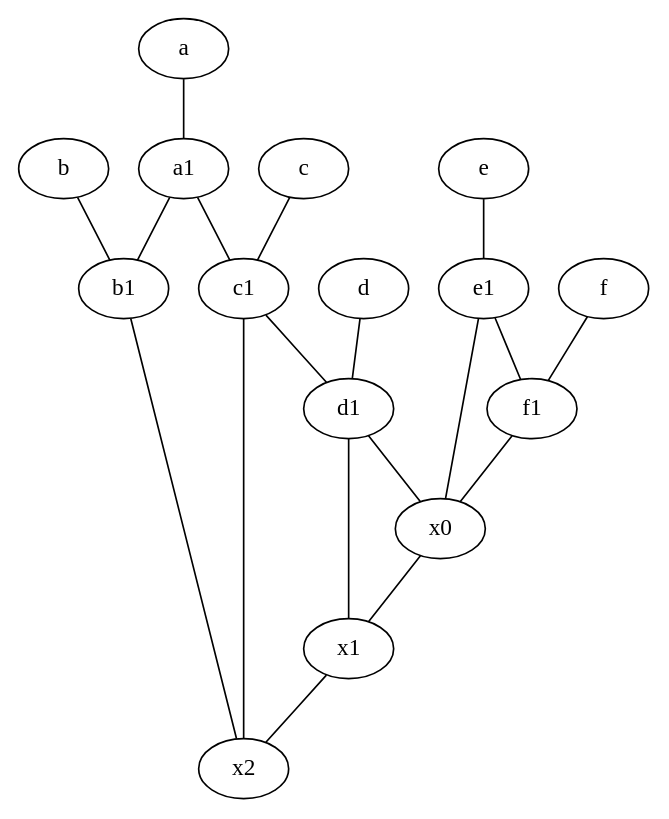
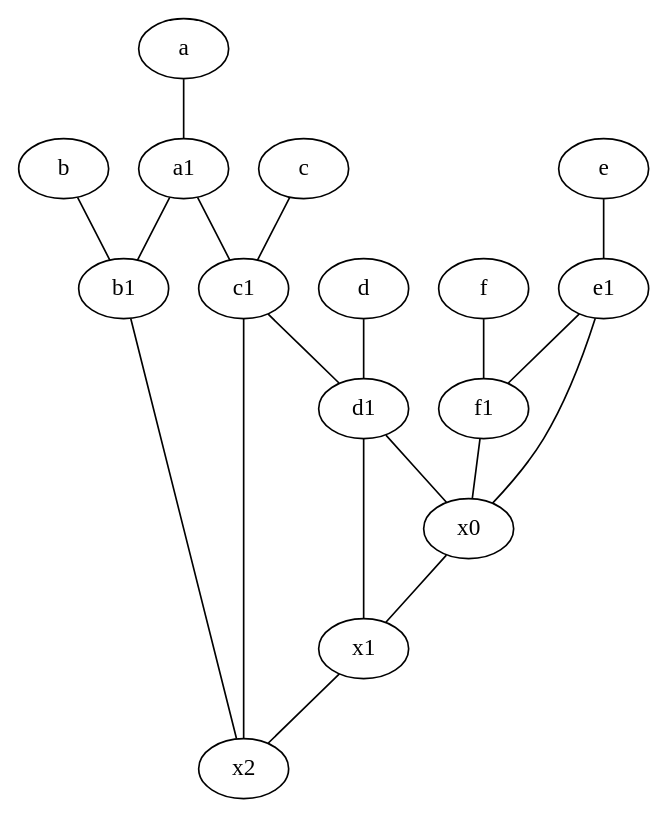
One commit to anisabnis/graph_inference changed the diagram in results_distance/6et1/inf.dot. Above: the diagram before and after it, drawn with Graphviz. The commit also changed other lines of this file and 156 other files, not shown here.

```diff
--- a/results_distance/6et1/inf.dot
+++ b/results_distance/6et1/inf.dot
@@ -1,36 +1,36 @@
 graph {
 	node [labelfontsize=50]
+	b1 [labelfontsize=50 pos="9,4!"]
+	x2 [labelfontsize=50]
+	d [labelfontsize=50 pos="2,5!"]
+	x1 [labelfontsize=50]
 	d1 [labelfontsize=50 pos="3,5!"]
+	e1 [labelfontsize=50 pos="7,7!"]
+	a1 [labelfontsize=50 pos="8,3!"]
+	x0 [labelfontsize=50]
+	a [labelfontsize=50 pos="8,2!"]
+	c1 [labelfontsize=50 pos="4.5,3!"]
 	b [labelfontsize=50 pos="10,4!"]
 	f [labelfontsize=50 pos="3,9!"]
-	a [labelfontsize=50 pos="8,2!"]
-	a1 [labelfontsize=50 pos="8,3!"]
+	c [labelfontsize=50 pos="4.5,2!"]
 	f1 [labelfontsize=50 pos="3,8!"]
-	c1 [labelfontsize=50 pos="4.5,3!"]
-	x1 [labelfontsize=50]
-	c [labelfontsize=50 pos="4.5,2!"]
-	x0 [labelfontsize=50]
-	x2 [labelfontsize=50]
-	b1 [labelfontsize=50 pos="9,4!"]
-	e1 [labelfontsize=50 pos="7,7!"]
-	d [labelfontsize=50 pos="2,5!"]
 	e [labelfontsize=50 pos="7,9!"]
+	b1 -- x2
+	e1 -- x0
+	d1 -- x0
+	c -- c1
 	f -- f1
+	b -- b1
+	c1 -- x2
 	e -- e1
-	d1 -- x0
+	d1 -- x1
+	a1 -- c1
+	x0 -- x1
+	f1 -- x0
+	a1 -- b1
+	e1 -- f1
+	d -- d1
+	c1 -- d1
+	x1 -- x2
 	a -- a1
-	b -- b1
-	d1 -- x1
-	x1 -- x2
-	d -- d1
-	b1 -- x2
-	a1 -- b1
-	f1 -- x0
-	a1 -- c1
-	c -- c1
-	e1 -- f1
-	x0 -- x1
-	c1 -- x2
-	c1 -- d1
-	e1 -- x0
 }
```
